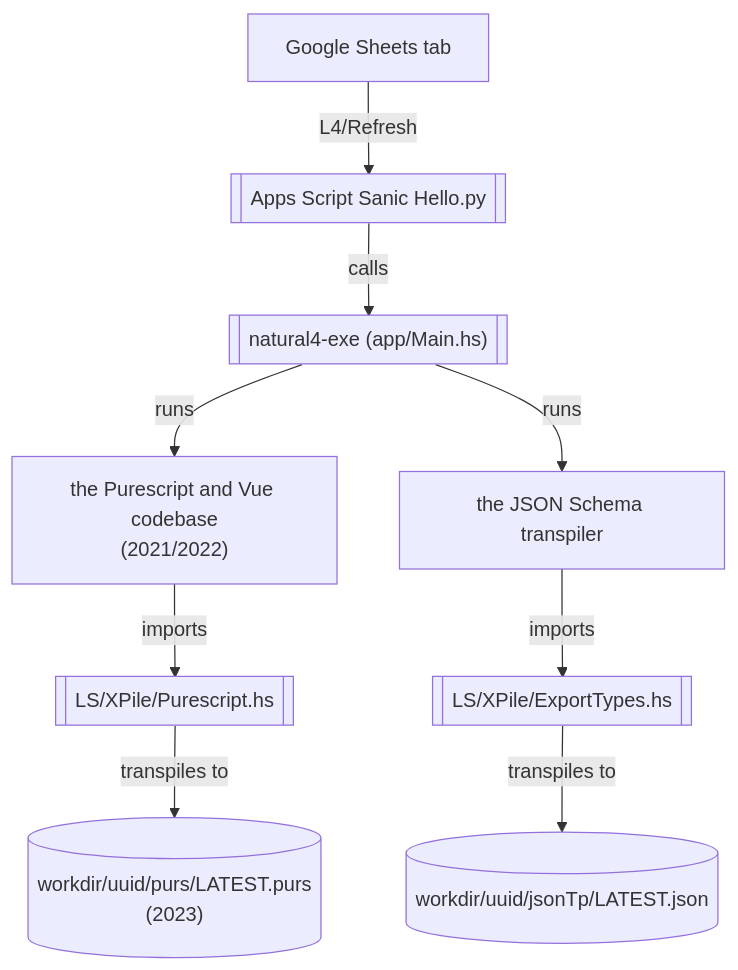
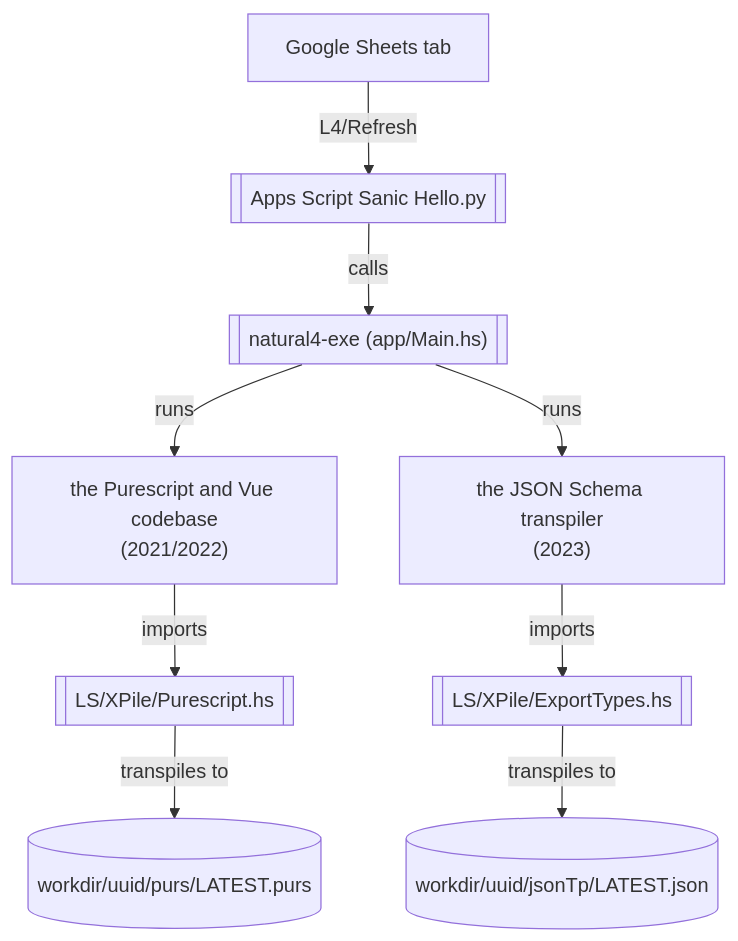
The diagram in docs/current_system/index.md (smucclaw/internal_docs), drawn with Mermaid before and after one commit.

Commit message:
more mermaid tweaking

````diff
--- a/docs/current_system/index.md
+++ b/docs/current_system/index.md
@@ -17,13 +17,13 @@
 ```mermaid
 graph TB;
     A["Google Sheets tab"] -- "L4/Refresh" --> B[["Apps Script Sanic Hello.py"]];
 	B -- calls -->C[["natural4-exe (app/Main.hs)"]];
 
 	C --"runs"--> C1["the Purescript and Vue codebase\n(2021/2022)"];
 	C1--"imports"-->D[["LS/XPile/Purescript.hs"]];
-    D--"transpiles to"-->E[("workdir/uuid/purs/LATEST.purs\n(2023)")];
+    D--"transpiles to"-->E[("workdir/uuid/purs/LATEST.purs")];
 
-    C --"runs"--> G0["the JSON Schema transpiler"];
+    C --"runs"--> G0["the JSON Schema transpiler\n(2023)"];
 	G0--"imports"-->G1[["LS/XPile/ExportTypes.hs"]];
 	G1--"transpiles to"-->G2[("workdir/uuid/jsonTp/LATEST.json")];
 ```
````
